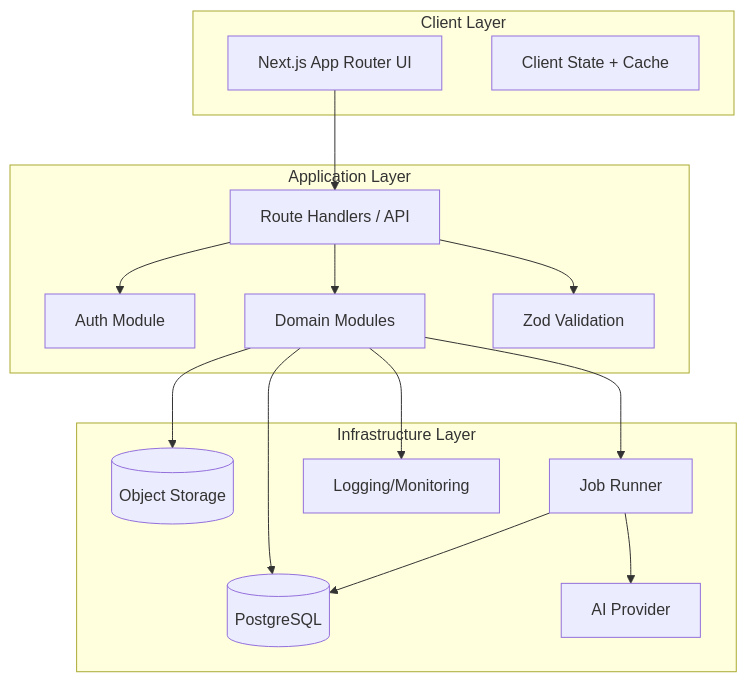
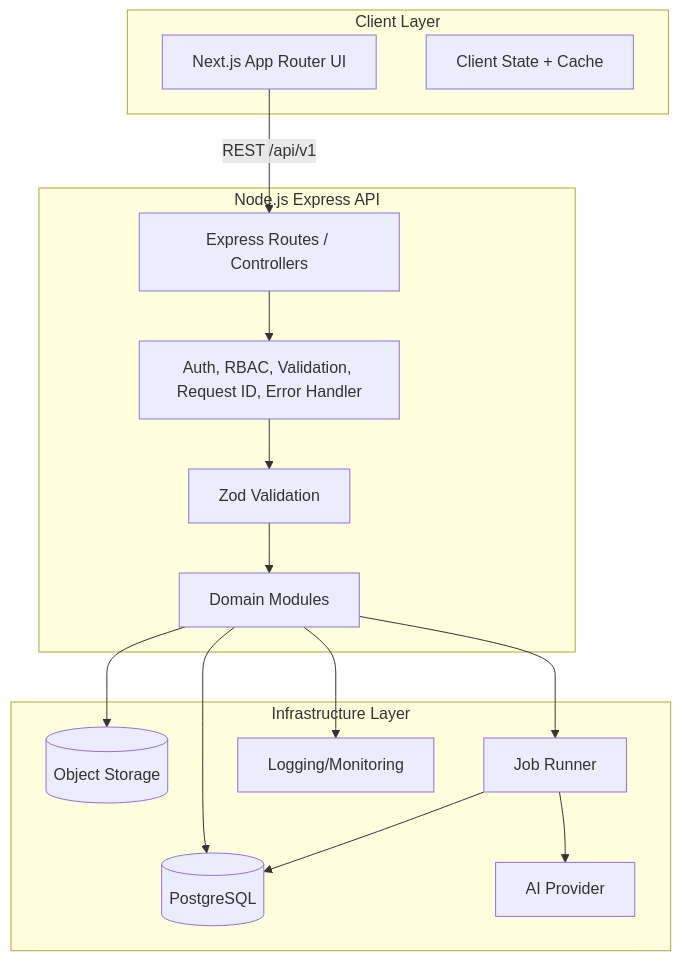
The second of 7 diagrams in docs/SYSTEM_DESIGN.md (Root-node1/okoa-sem), drawn with Mermaid before and after one commit. The commit also changed other lines of this file and 8 other files, not shown here.

Commit message:
docs: adopt Node.js Express backend architecture

````diff
--- a/docs/SYSTEM_DESIGN.md
+++ b/docs/SYSTEM_DESIGN.md
@@ -46,30 +46,30 @@
 ```mermaid
 flowchart TB
   subgraph Client[Client Layer]
     UI[Next.js App Router UI]
     State[Client State + Cache]
   end
-  subgraph App[Application Layer]
-    Routes[Route Handlers / API]
-    Auth[Auth Module]
+  subgraph API[Node.js Express API]
+    Routes[Express Routes / Controllers]
+    Middleware[Auth, RBAC, Validation, Request ID, Error Handler]
     Domain[Domain Modules]
     Validation[Zod Validation]
   end
   subgraph Infra[Infrastructure Layer]
     DB[(PostgreSQL)]
     Storage[(Object Storage)]
     Queue[Job Runner]
     AI[AI Provider]
     Obs[Logging/Monitoring]
   end
-  UI --> Routes
-  Routes --> Auth
-  Routes --> Validation
-  Routes --> Domain
+  UI -->|REST /api/v1| Routes
+  Routes --> Middleware
+  Middleware --> Validation
+  Validation --> Domain
   Domain --> DB
   Domain --> Storage
   Domain --> Queue
   Queue --> AI
   Queue --> DB
   Domain --> Obs
 ```
````
